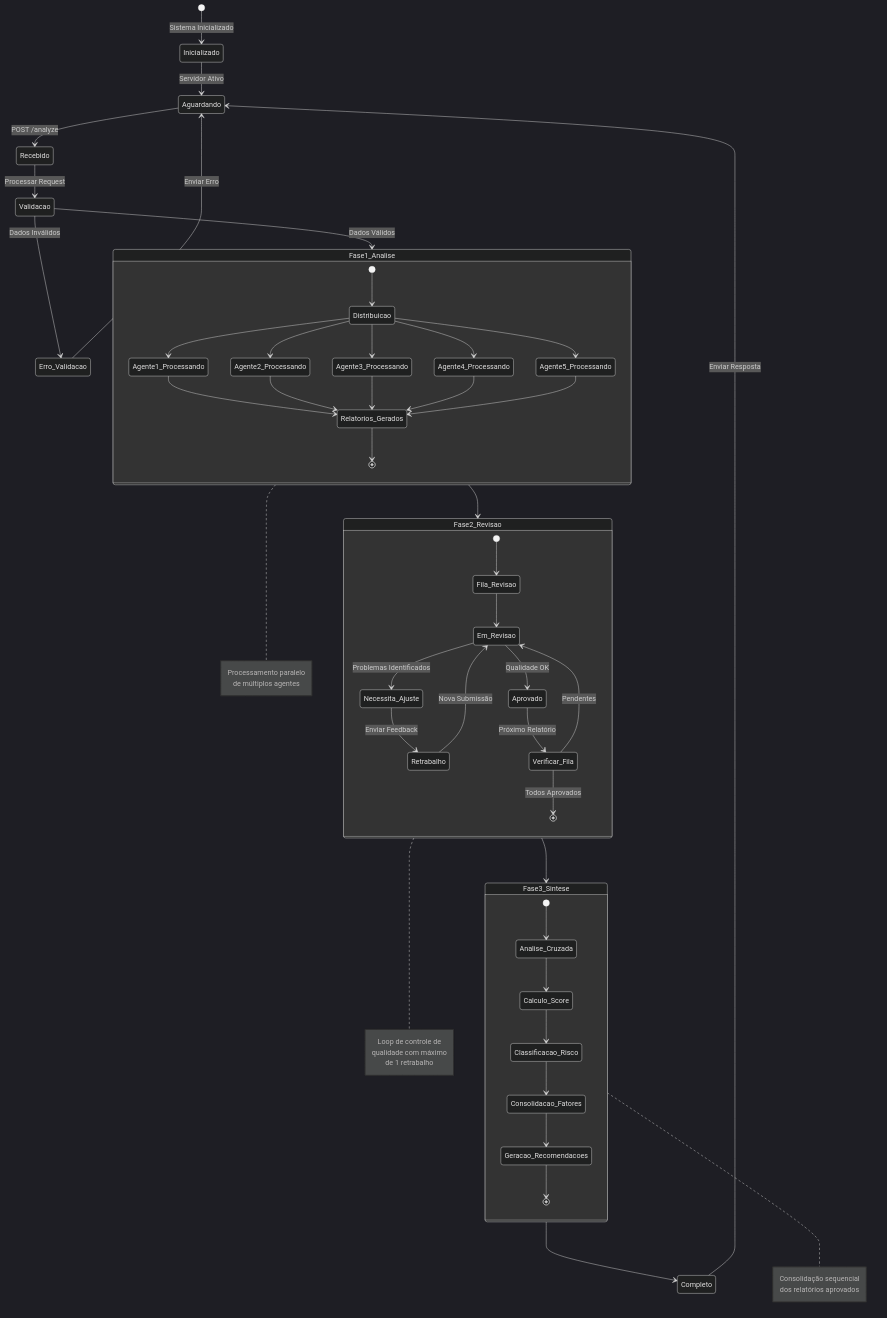
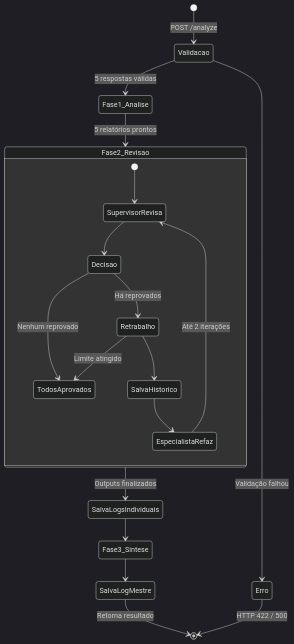
The fourth of 8 diagrams in README.md (cairocruz/hubAgentsV2), drawn with Mermaid (dark theme) before and after one commit. The commit also changed other lines of this file, not shown here.

````diff
--- a/README.md
+++ b/README.md
@@ -357,79 +216,25 @@
 ```mermaid
 stateDiagram-v2
-    [*] --> Inicializado: Sistema Inicializado
+    [*] --> Validacao: POST /analyze
+    Validacao --> Fase1_Analise: 5 respostas válidas
+    Validacao --> Erro: Validação falhou
     
-    Inicializado --> Aguardando: Servidor Ativo
+    Fase1_Analise --> Fase2_Revisao: 5 relatórios prontos
     
-    Aguardando --> Recebido: POST /analyze
-    
-    Recebido --> Validacao: Processar Request
-    
-    Validacao --> Erro_Validacao: Dados Inválidos
-    Validacao --> Fase1_Analise: Dados Válidos
-    
-    state Fase1_Analise {
-        [*] --> Distribuicao
-        Distribuicao --> Agente1_Processando
-        Distribuicao --> Agente2_Processando
-        Distribuicao --> Agente3_Processando
-        Distribuicao --> Agente4_Processando
-        Distribuicao --> Agente5_Processando
-        
-        Agente1_Processando --> Relatorios_Gerados
-        Agente2_Processando --> Relatorios_Gerados
-        Agente3_Processando --> Relatorios_Gerados
-        Agente4_Processando --> Relatorios_Gerados
-        Agente5_Processando --> Relatorios_Gerados
-        
-        Relatorios_Gerados --> [*]
+    state Fase2_Revisao {
+        [*] --> SupervisorRevisa
+        SupervisorRevisa --> Decisao
+        Decisao --> TodosAprovados: Nenhum reprovado
+        Decisao --> Retrabalho: Há reprovados
+        Retrabalho --> SalvaHistorico
+        SalvaHistorico --> EspecialistaRefaz
+        EspecialistaRefaz --> SupervisorRevisa: Até 2 iterações
+        Retrabalho --> TodosAprovados: Limite atingido
     }
     
-    Fase1_Analise --> Fase2_Revisao
-    
-    state Fase2_Revisao {
-        [*] --> Fila_Revisao
-        Fila_Revisao --> Em_Revisao
-        
-        Em_Revisao --> Aprovado: Qualidade OK
-        Em_Revisao --> Necessita_Ajuste: Problemas Identificados
-        
-        Necessita_Ajuste --> Retrabalho: Enviar Feedback
-        Retrabalho --> Em_Revisao: Nova Submissão
-        
-        Aprovado --> Verificar_Fila: Próximo Relatório
-        Verificar_Fila --> Em_Revisao: Pendentes
-        Verificar_Fila --> [*]: Todos Aprovados
-    }
-    
-    Fase2_Revisao --> Fase3_Sintese
-    
-    state Fase3_Sintese {
-        [*] --> Analise_Cruzada
-        Analise_Cruzada --> Calculo_Score
-        Calculo_Score --> Classificacao_Risco
-        Classificacao_Risco --> Consolidacao_Fatores
-        Consolidacao_Fatores --> Geracao_Recomendacoes
-        Geracao_Recomendacoes --> [*]
-    }
-    
-    Fase3_Sintese --> Completo
-    
-    Completo --> Aguardando: Enviar Resposta
-    Erro_Validacao --> Aguardando: Enviar Erro
-    
-    note right of Fase1_Analise
-        Processamento paralelo
-        de múltiplos agentes
-    end note
-    
-    note right of Fase2_Revisao
-        Loop de controle de
-        qualidade com máximo
-        de 1 retrabalho
-    end note
-    
-    note right of Fase3_Sintese
-        Consolidação sequencial
-        dos relatórios aprovados
-    end note
+    Fase2_Revisao --> SalvaLogsIndividuais: Outputs finalizados
+    SalvaLogsIndividuais --> Fase3_Sintese
+    Fase3_Sintese --> SalvaLogMestre
+    SalvaLogMestre --> [*]: Retorna resultado
+    Erro --> [*]: HTTP 422 / 500
 ```
````
